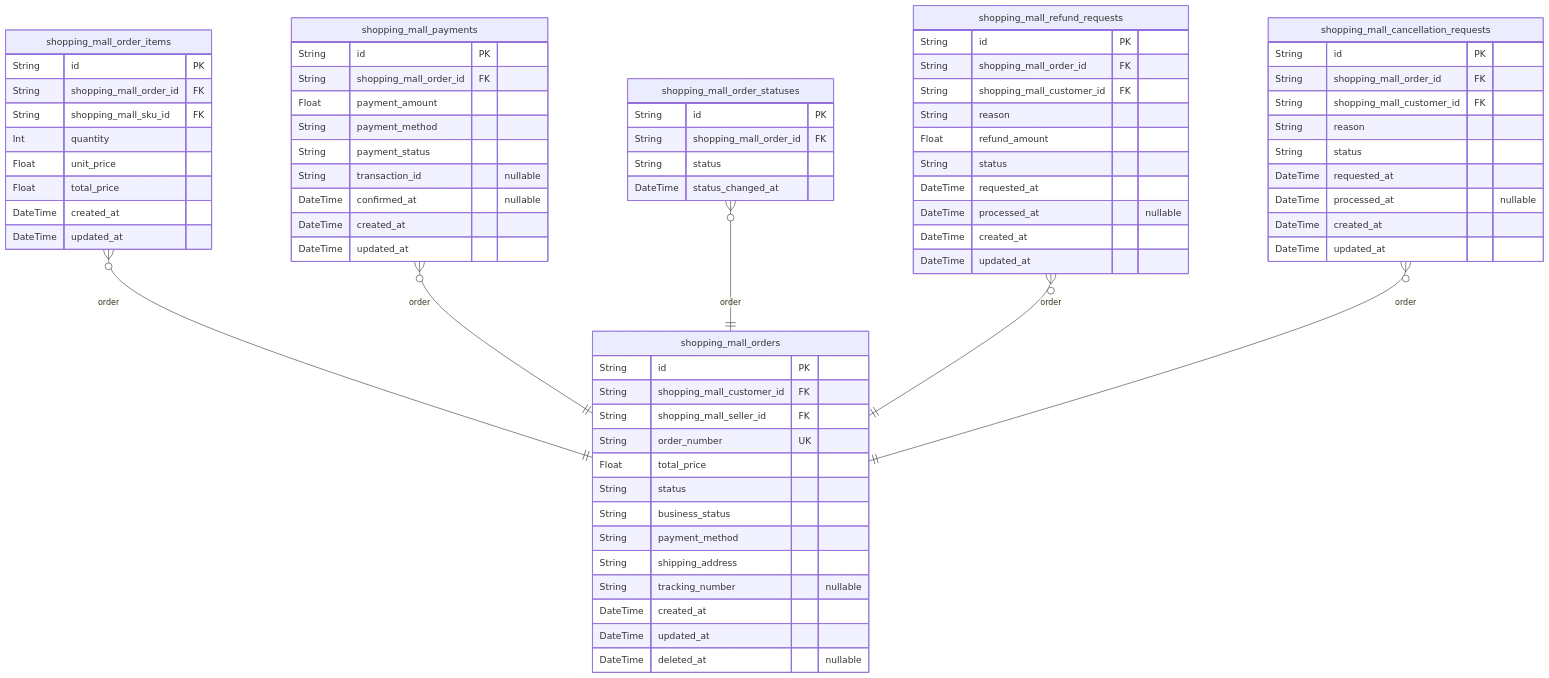
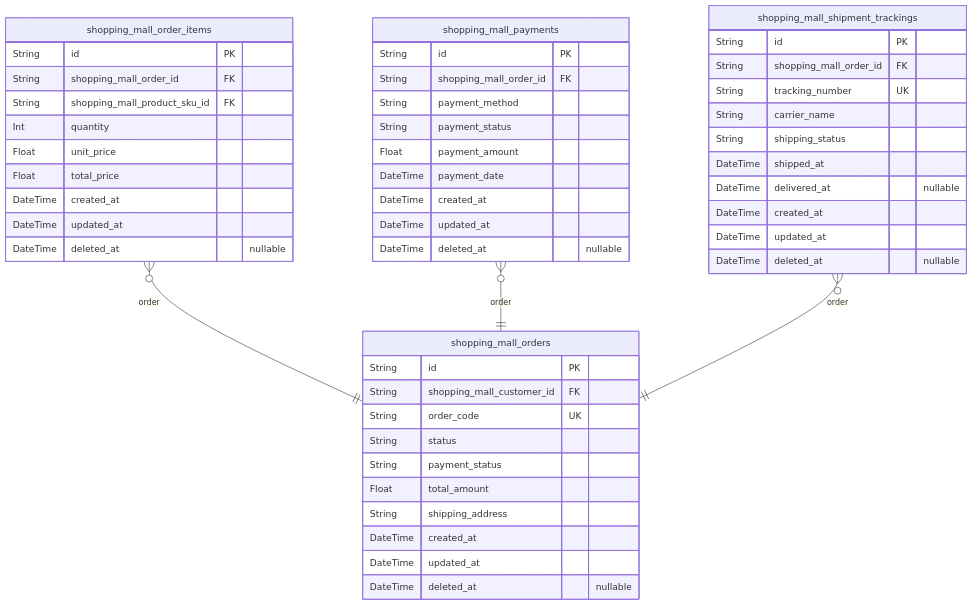
The fifth of 11 diagrams in openai/gpt-4.1-mini/shopping/docs/ERD.md (wrtnlabs/autobe-examples), drawn with Mermaid before and after one commit. The commit also changed other lines of this file and 16146 other files, not shown here.

````diff
--- a/openai/gpt-4.1-mini/shopping/docs/ERD.md
+++ b/openai/gpt-4.1-mini/shopping/docs/ERD.md
@@ -419,73 +483,52 @@
 ```mermaid
 erDiagram
 "shopping_mall_orders" {
   String id PK
   String shopping_mall_customer_id FK
-  String shopping_mall_seller_id FK
-  String order_number UK
-  Float total_price
+  String order_code UK
   String status
-  String business_status
-  String payment_method
+  String payment_status
+  Float total_amount
   String shipping_address
-  String tracking_number "nullable"
   DateTime created_at
   DateTime updated_at
   DateTime deleted_at "nullable"
 }
 "shopping_mall_order_items" {
   String id PK
   String shopping_mall_order_id FK
-  String shopping_mall_sku_id FK
+  String shopping_mall_product_sku_id FK
   Int quantity
   Float unit_price
   Float total_price
   DateTime created_at
   DateTime updated_at
+  DateTime deleted_at "nullable"
 }
 "shopping_mall_payments" {
   String id PK
   String shopping_mall_order_id FK
-  Float payment_amount
   String payment_method
   String payment_status
-  String transaction_id "nullable"
-  DateTime confirmed_at "nullable"
+  Float payment_amount
+  DateTime payment_date
   DateTime created_at
   DateTime updated_at
+  DateTime deleted_at "nullable"
 }
-"shopping_mall_order_statuses" {
+"shopping_mall_shipment_trackings" {
   String id PK
   String shopping_mall_order_id FK
-  String status
-  DateTime status_changed_at
-}
-"shopping_mall_refund_requests" {
-  String id PK
-  String shopping_mall_order_id FK
-  String shopping_mall_customer_id FK
-  String reason
-  Float refund_amount
-  String status
-  DateTime requested_at
-  DateTime processed_at "nullable"
+  String tracking_number UK
+  String carrier_name
+  String shipping_status
+  DateTime shipped_at
+  DateTime delivered_at "nullable"
   DateTime created_at
   DateTime updated_at
-}
-"shopping_mall_cancellation_requests" {
-  String id PK
-  String shopping_mall_order_id FK
-  String shopping_mall_customer_id FK
-  String reason
-  String status
-  DateTime requested_at
-  DateTime processed_at "nullable"
-  DateTime created_at
-  DateTime updated_at
+  DateTime deleted_at "nullable"
 }
 "shopping_mall_order_items" }o--|| "shopping_mall_orders" : order
 "shopping_mall_payments" }o--|| "shopping_mall_orders" : order
-"shopping_mall_order_statuses" }o--|| "shopping_mall_orders" : order
-"shopping_mall_refund_requests" }o--|| "shopping_mall_orders" : order
-"shopping_mall_cancellation_requests" }o--|| "shopping_mall_orders" : order
+"shopping_mall_shipment_trackings" }o--|| "shopping_mall_orders" : order
 ```
````
